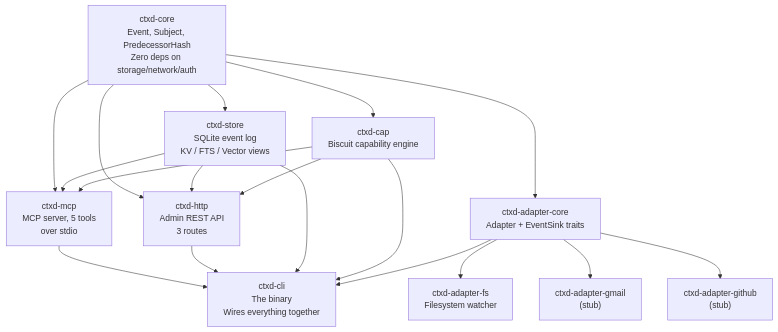
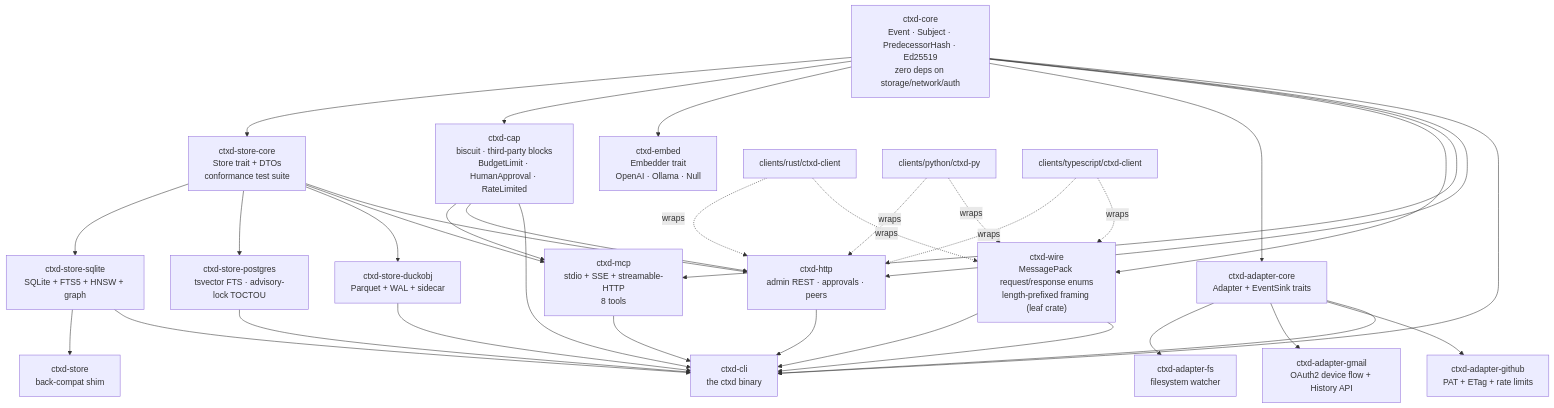
Before and after one commit to keeprlabs/ctxd: the third of 7 diagrams in docs/architecture.md, drawn with Mermaid. The commit also changed other lines of this file and 13 other files, not shown here.

First line of the commit message:
feat(cap)+docs: persistent rate-limit state + launch-ready polish (SDK milestone PR 6) (#9)

````diff
--- a/docs/architecture.md
+++ b/docs/architecture.md
@@ -117,30 +130,48 @@
 ```mermaid
 graph TD
-    CORE["ctxd-core\nEvent, Subject, PredecessorHash\nZero deps on storage/network/auth"]
+    CORE["ctxd-core<br/>Event · Subject · PredecessorHash · Ed25519<br/>zero deps on storage/network/auth"]
 
-    STORE["ctxd-store\nSQLite event log\nKV / FTS / Vector views"]
-    CAP["ctxd-cap\nBiscuit capability engine"]
-    ADCORE["ctxd-adapter-core\nAdapter + EventSink traits"]
+    STC["ctxd-store-core<br/>Store trait + DTOs<br/>conformance test suite"]
+    SS["ctxd-store-sqlite<br/>SQLite + FTS5 + HNSW + graph"]
+    SP["ctxd-store-postgres<br/>tsvector FTS · advisory-lock TOCTOU"]
+    SD["ctxd-store-duckobj<br/>Parquet + WAL + sidecar"]
+    SHIM["ctxd-store<br/>back-compat shim"]
 
-    ADFS["ctxd-adapter-fs\nFilesystem watcher"]
-    ADGM["ctxd-adapter-gmail\n(stub)"]
-    ADGH["ctxd-adapter-github\n(stub)"]
+    CAP["ctxd-cap<br/>biscuit · third-party blocks<br/>BudgetLimit · HumanApproval · RateLimited"]
+    EMBED["ctxd-embed<br/>Embedder trait<br/>OpenAI · Ollama · Null"]
 
-    MCP["ctxd-mcp\nMCP server, 5 tools\nover stdio"]
-    HTTP["ctxd-http\nAdmin REST API\n3 routes"]
+    WIRE["ctxd-wire<br/>MessagePack request/response enums<br/>length-prefixed framing (leaf crate)"]
 
-    CLI["ctxd-cli\nThe binary\nWires everything together"]
+    ADCORE["ctxd-adapter-core<br/>Adapter + EventSink traits"]
+    ADFS["ctxd-adapter-fs<br/>filesystem watcher"]
+    ADGM["ctxd-adapter-gmail<br/>OAuth2 device flow + History API"]
+    ADGH["ctxd-adapter-github<br/>PAT + ETag + rate limits"]
 
-    CORE --> STORE
+    MCP["ctxd-mcp<br/>stdio + SSE + streamable-HTTP<br/>8 tools"]
+    HTTP["ctxd-http<br/>admin REST · approvals · peers"]
+    CLI["ctxd-cli<br/>the ctxd binary"]
+
+    SDKR["clients/rust/ctxd-client"]
+    SDKP["clients/python/ctxd-py"]
+    SDKT["clients/typescript/ctxd-client"]
+
+    CORE --> STC
+    STC --> SS & SP & SD
+    SS --> SHIM
     CORE --> CAP
+    CORE --> EMBED
     CORE --> ADCORE
+    CORE --> WIRE
 
-    ADCORE --> ADFS
-    ADCORE --> ADGM
-    ADCORE --> ADGH
+    ADCORE --> ADFS & ADGM & ADGH
 
-    CORE & STORE & CAP --> MCP
-    CORE & STORE & CAP --> HTTP
+    CORE & STC & CAP --> MCP
+    CORE & STC & CAP --> HTTP
+    CORE & WIRE --> CLI
 
-    MCP & HTTP & STORE & CAP & ADCORE --> CLI
+    MCP & HTTP & SS & SP & SD & CAP & ADCORE & WIRE --> CLI
+
+    SDKR -. "wraps" .-> HTTP & WIRE
+    SDKP -. "wraps" .-> HTTP & WIRE
+    SDKT -. "wraps" .-> HTTP & WIRE
 ```
````
